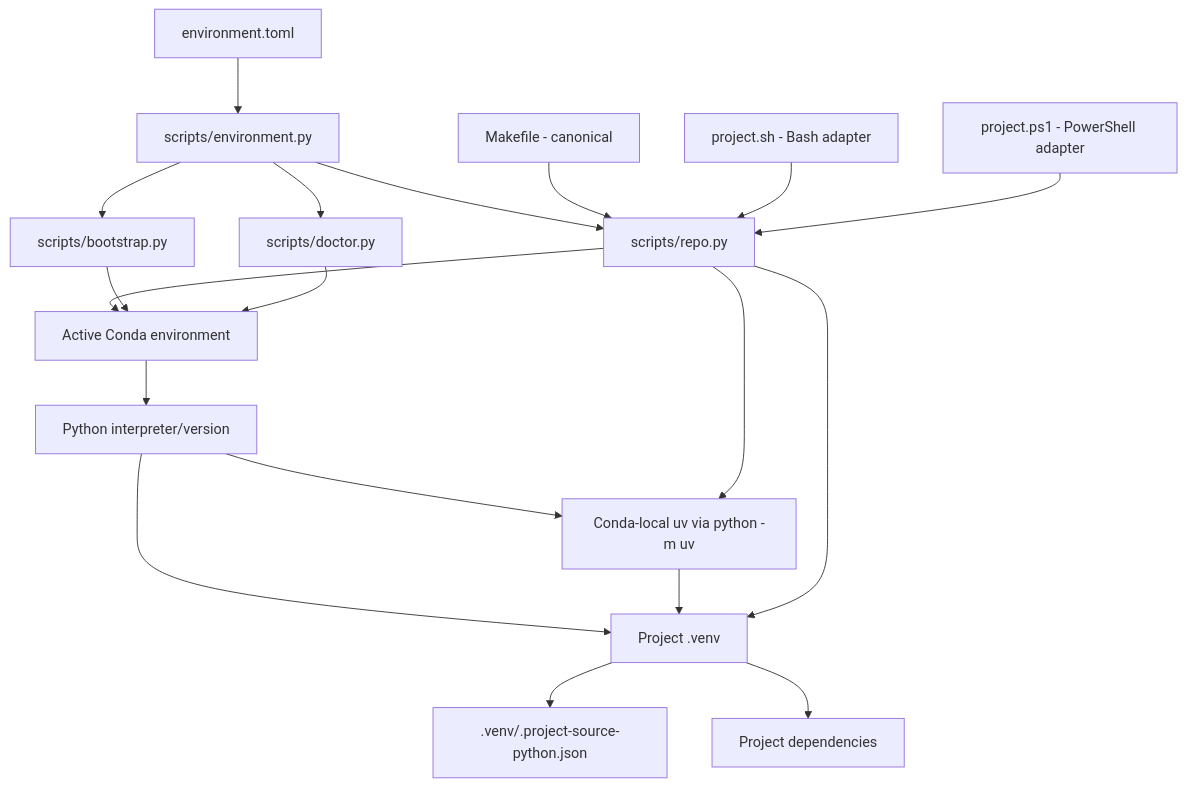
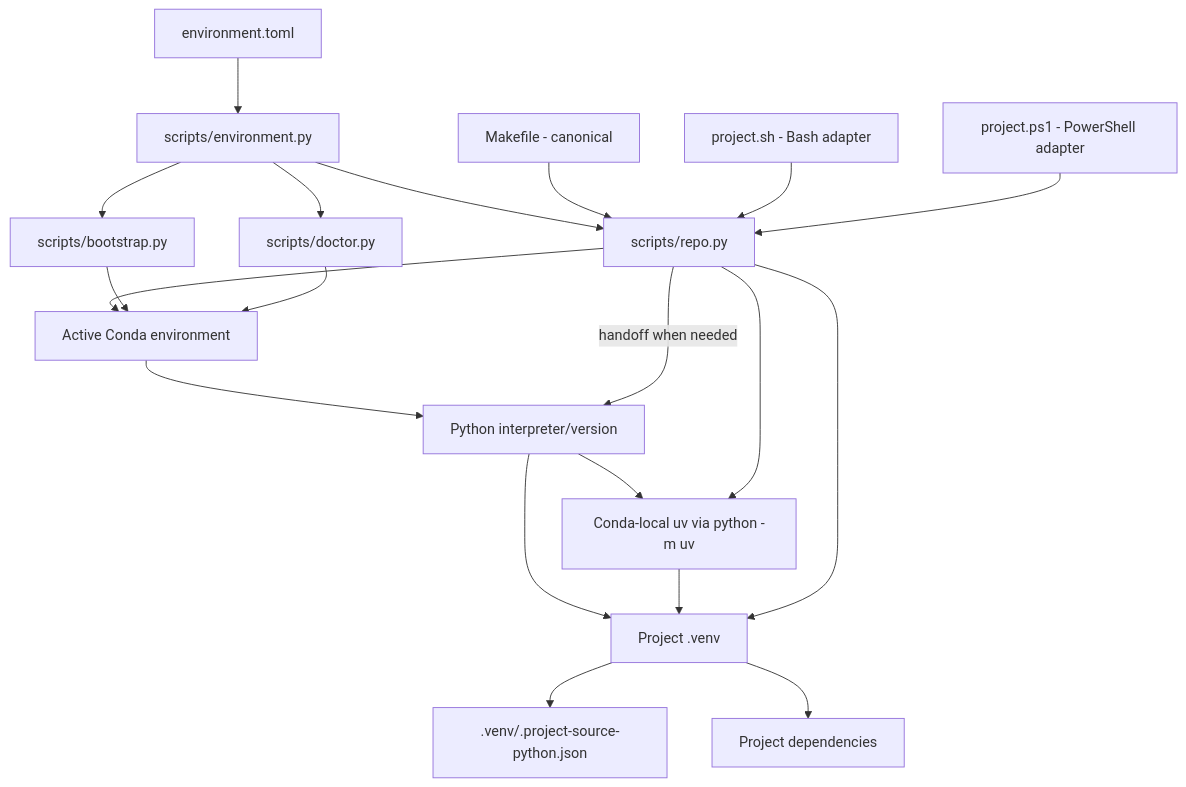
The diagram in docs/architecture/environment-contract.md (dante-souza/python_scaffolding), drawn with Mermaid before and after one commit. The commit also changed other lines of this file and 5 other files, not shown here.

````diff
--- a/docs/architecture/environment-contract.md
+++ b/docs/architecture/environment-contract.md
@@ -9,21 +9,22 @@
 ```mermaid
 flowchart TD
     CFG[environment.toml] --> ENV[scripts/environment.py]
     ENV --> CLI[scripts/repo.py]
     ENV --> BOOT[scripts/bootstrap.py]
     ENV --> DOC[scripts/doctor.py]
     C[Active Conda environment] --> P[Python interpreter/version]
     P --> U[Conda-local uv via python -m uv]
     P --> V[Project .venv]
     U --> V
     V --> M[.venv/.project-source-python.json]
     V --> D[Project dependencies]
     CLI --> C
     BOOT --> C
     DOC --> C
     CLI --> U
     CLI --> V
     MK[Makefile - canonical] --> CLI
     SH[project.sh - Bash adapter] --> CLI
     PS[project.ps1 - PowerShell adapter] --> CLI
+    CLI -->|handoff when needed| P
 ```
````
